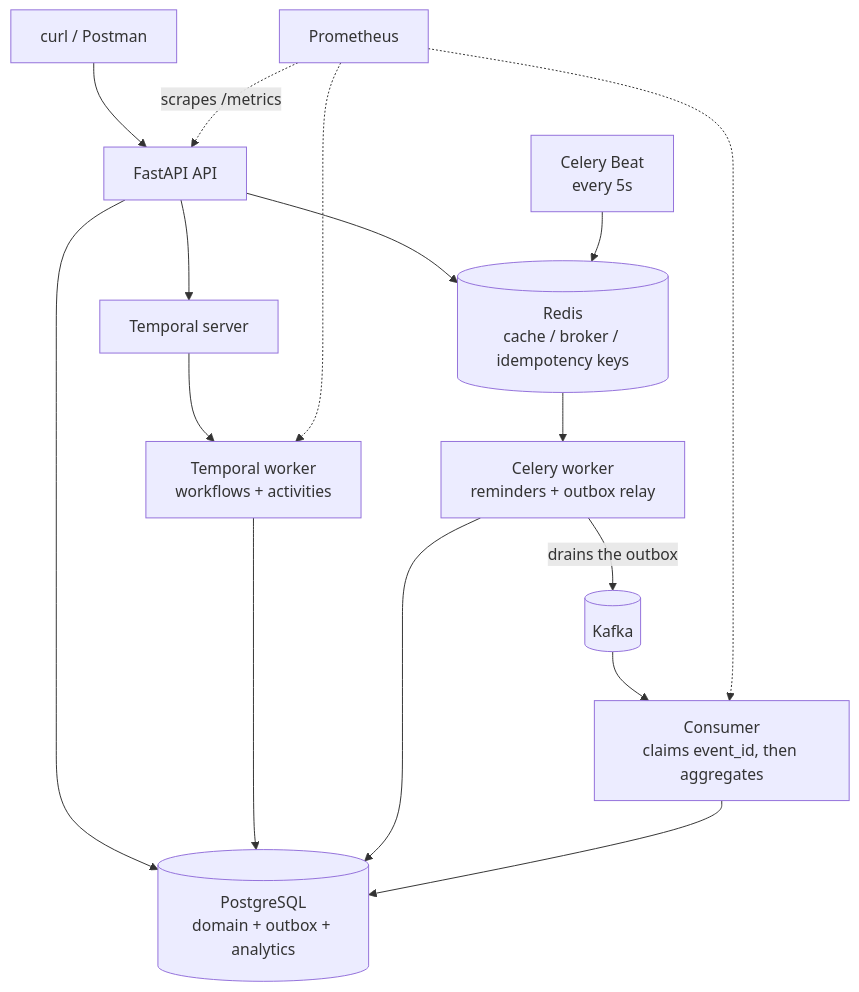
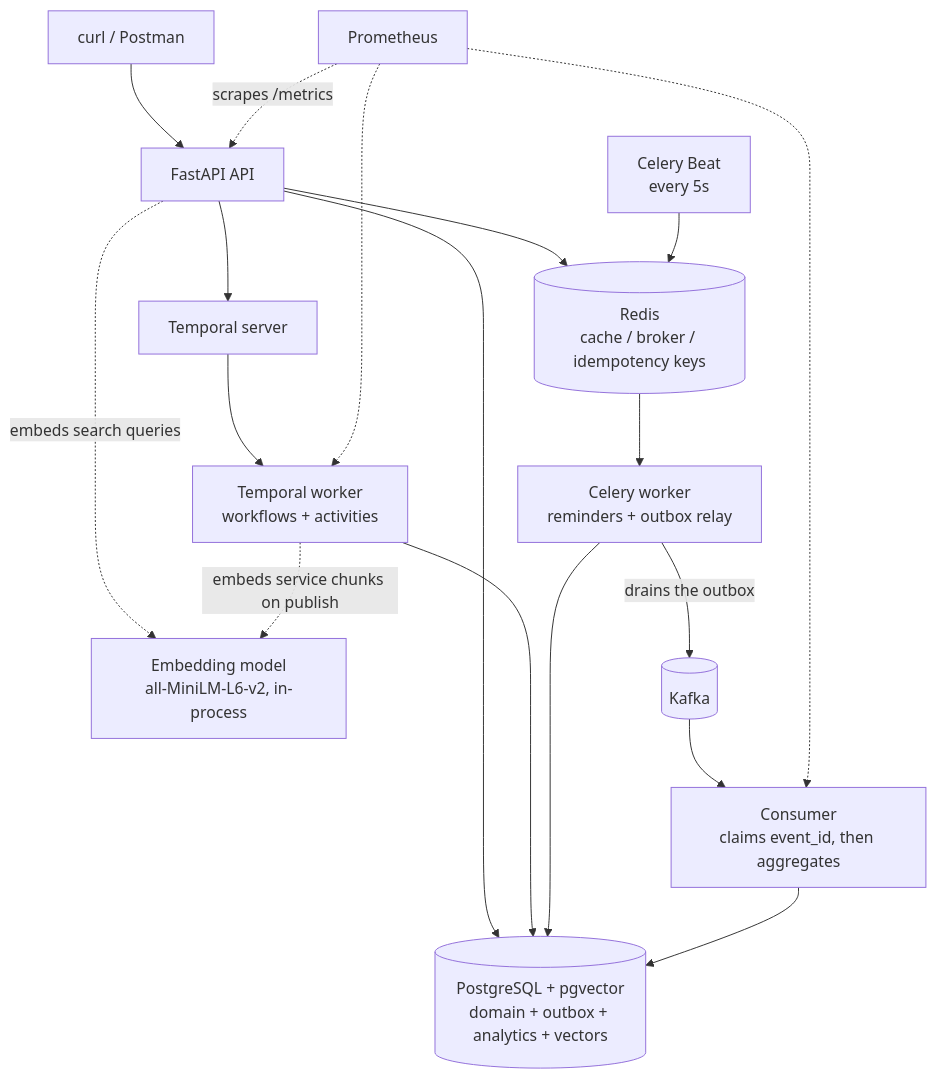
One commit to Fawwad795/smarthealth-fawwad changed the diagram in README.md. Above: the diagram before and after it, drawn with Mermaid. The commit also changed other lines of this file, not shown here.

Commit message:
docs: bring the README up to Week 4, with the AI layer in the architecture diagram

````diff
--- a/README.md
+++ b/README.md
@@ -33,23 +33,27 @@
 ```mermaid
 flowchart TD
     Client["curl / Postman"] --> API["FastAPI API"]
 
-    API --> PG[("PostgreSQL<br/>domain + outbox + analytics")]
+    API --> PG[("PostgreSQL + pgvector<br/>domain + outbox + analytics + vectors")]
     API --> Redis[("Redis<br/>cache / broker / idempotency keys")]
     API --> TemporalServer["Temporal server"]
 
     TemporalServer --> TemporalWorker["Temporal worker<br/>workflows + activities"]
     TemporalWorker --> PG
+
+    Model["Embedding model<br/>all-MiniLM-L6-v2, in-process"]
+    API -. "embeds search queries" .-> Model
+    TemporalWorker -. "embeds service chunks on publish" .-> Model
 
     Beat["Celery Beat<br/>every 5s"] --> Redis
     Redis --> Celery["Celery worker<br/>reminders + outbox relay"]
     Celery --> PG
     Celery -- "drains the outbox" --> Kafka[("Kafka")]
 
     Kafka --> Consumer["Consumer<br/>claims event_id, then aggregates"]
     Consumer --> PG
 
     Prometheus["Prometheus"] -. "scrapes /metrics" .-> API
     Prometheus -.-> TemporalWorker
     Prometheus -.-> Consumer
 ```
````
